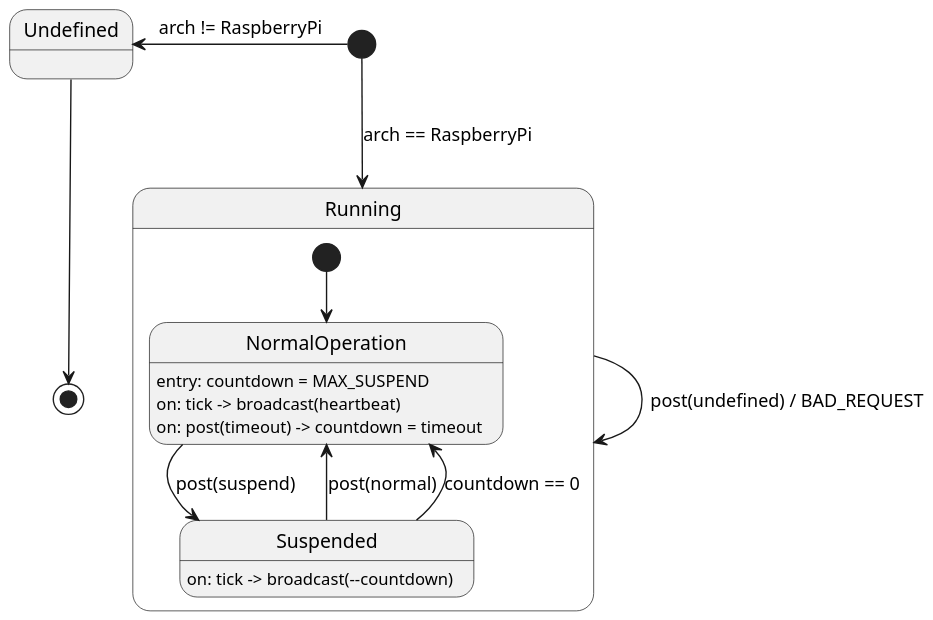
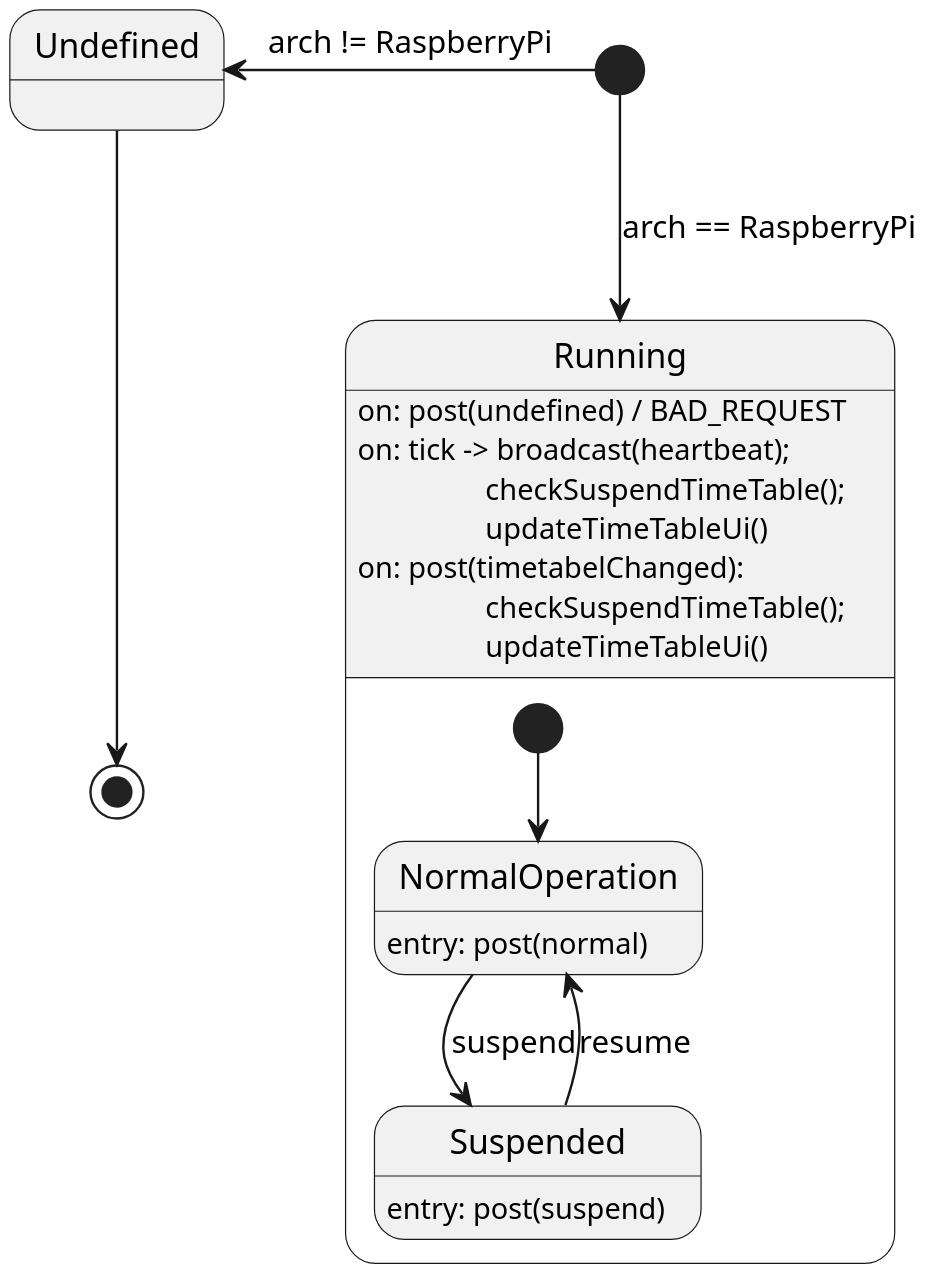
The diagram in src/main/groovy/de/geobe/energy/heatpump/HeatpumpApi.puml (geobe/heatpumpcontrol), drawn with PlantUML before and after one commit. The commit also changed 11 other files, not shown here.

Commit message:
Major refactoring, split between ui and supervisor level. Added suspend time table.

```diff
--- a/src/main/groovy/de/geobe/energy/heatpump/HeatpumpApi.puml
+++ b/src/main/groovy/de/geobe/energy/heatpump/HeatpumpApi.puml
@@ -1,31 +1,28 @@
 @startuml
 'https://plantuml.com/state-diagram
 
 scale 1000 width
 [*] -left-> u  : arch != RaspberryPi
 [*] -down-> r : arch == RaspberryPi
 
 state "Running" as r {
+r: on: post(undefined) / BAD_REQUEST
+r: on: tick -> broadcast(heartbeat);\n\t\t checkSuspendTimeTable();\n\t\t updateTimeTableUi()
+r: on: post(timetabelChanged):\n\t\t checkSuspendTimeTable();\n\t\t updateTimeTableUi()
 [*] -down-> no
 
 state "NormalOperation" as no
-    no: entry: countdown = MAX_SUSPEND
-    no: on: tick -> broadcast(heartbeat)
-    no: on: post(timeout) -> countdown = timeout
+    no: entry: post(normal)
 
 state "Suspended" as sup
-    sup: on: tick -> broadcast(--countdown)
+    sup: entry: post(suspend)
 }
 
 state "Undefined" as u
 
-r -> r : post(undefined) / BAD_REQUEST
-
-no -down-> sup : post(suspend)
-
-sup -up-> no : post(normal)
-sup -up-> no : countdown == 0
+no -down-> sup : suspend
+sup -up-> no : resume
 
 u -down-> [*]
 
 @enduml
```
